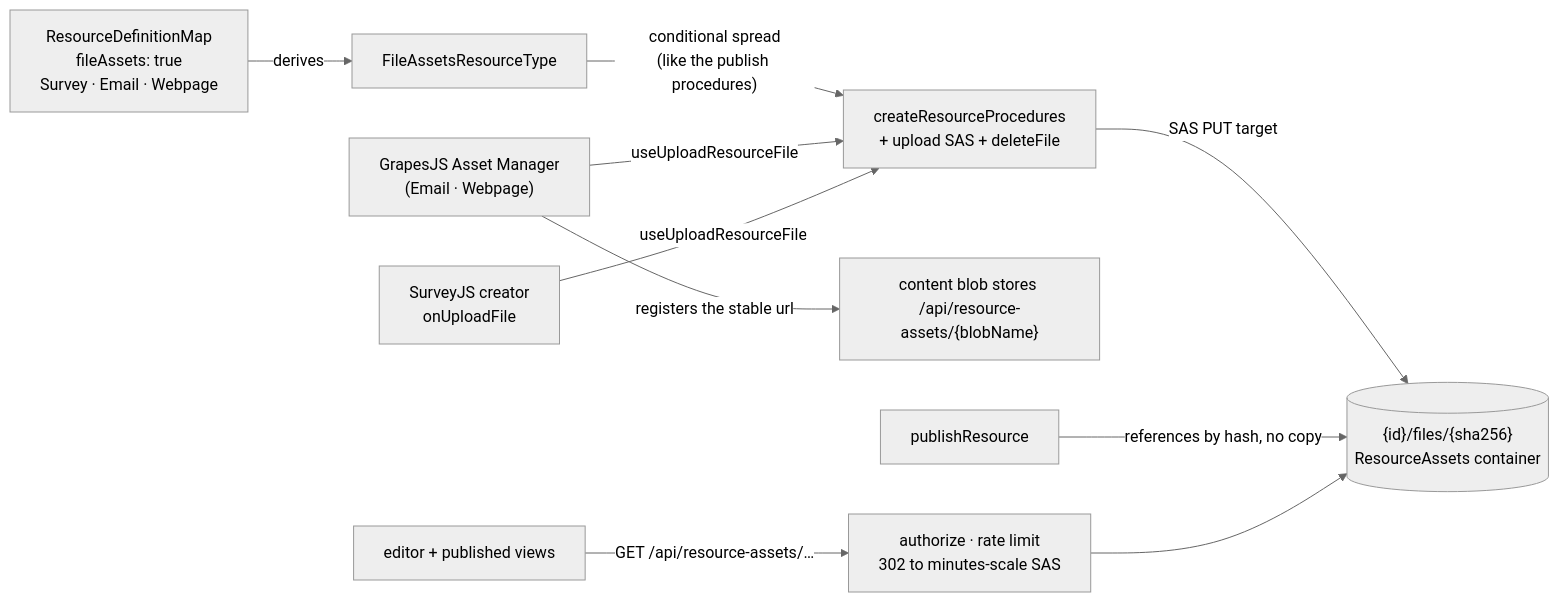
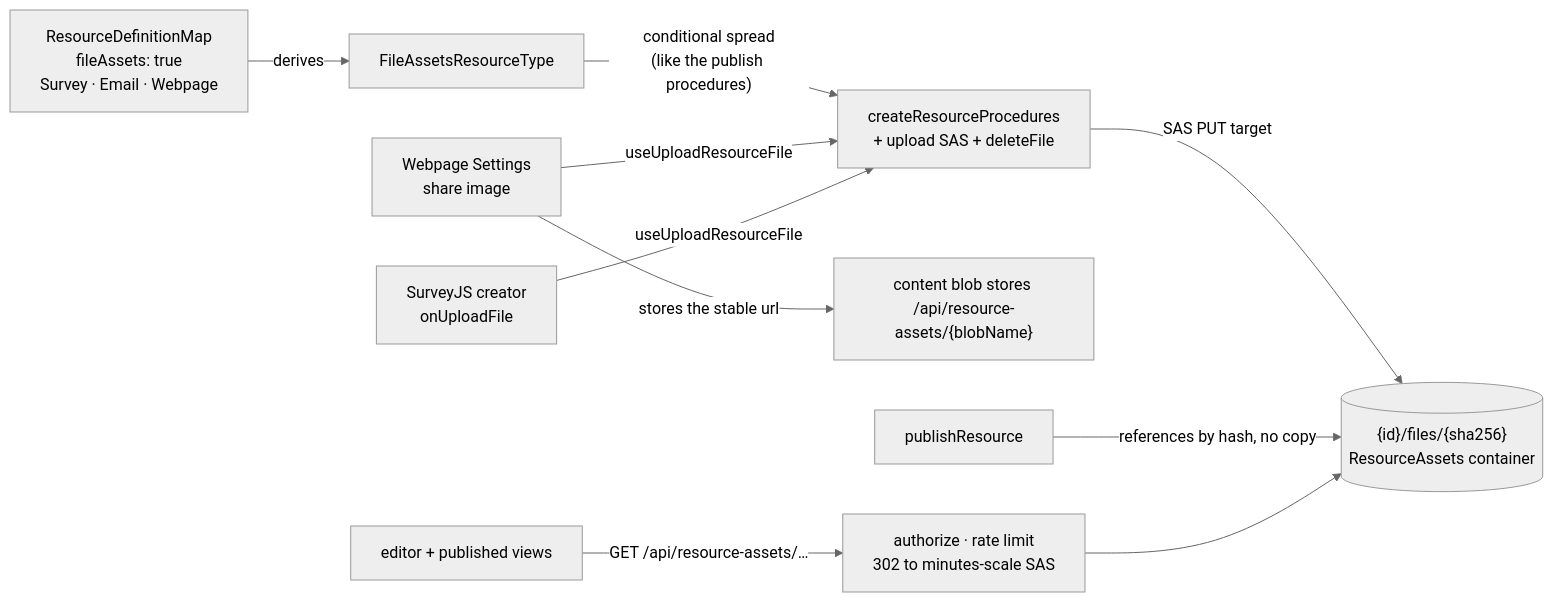
One commit to Esposter/Esposter changed the diagram in openspec/specs/resource/resource-file-assets/design.md. Above: the diagram before and after it, drawn with Mermaid (neutral theme). The commit also changed other lines of this file and 7 other files, not shown here.

First line of the commit message:
docs(openspec): the resource specs name the page builder where they named GrapesJS

````diff
--- a/openspec/specs/resource/resource-file-assets/design.md
+++ b/openspec/specs/resource/resource-file-assets/design.md
@@ -11,12 +11,12 @@
 ```mermaid
 flowchart LR
   DEF["ResourceDefinitionMap<br/>fileAssets: true<br/>Survey · Email · Webpage"] -->|derives| UNION["FileAssetsResourceType"]
   UNION -->|"conditional spread<br/>(like the publish procedures)"| FACTORY["createResourceProcedures<br/>+ upload SAS + deleteFile"]
-  AM["GrapesJS Asset Manager<br/>(Email · Webpage)"] -->|"useUploadResourceFile"| FACTORY
+  WS["Webpage Settings<br/>share image"] -->|"useUploadResourceFile"| FACTORY
   CREATOR["SurveyJS creator<br/>onUploadFile"] -->|useUploadResourceFile| FACTORY
   FACTORY -->|SAS PUT target| BLOB[("{id}/files/{sha256}<br/>ResourceAssets container")]
-  AM -->|"registers the stable url"| CANVAS["content blob stores /api/resource-assets/{blobName}"]
+  WS -->|"stores the stable url"| CANVAS["content blob stores /api/resource-assets/{blobName}"]
   PUB["publishResource"] -->|"references by hash, no copy"| BLOB
   VIEW["editor + published views"] -->|"GET /api/resource-assets/…"| EP["authorize · rate limit<br/>302 to minutes-scale SAS"]
   EP --> BLOB
 ```
````
